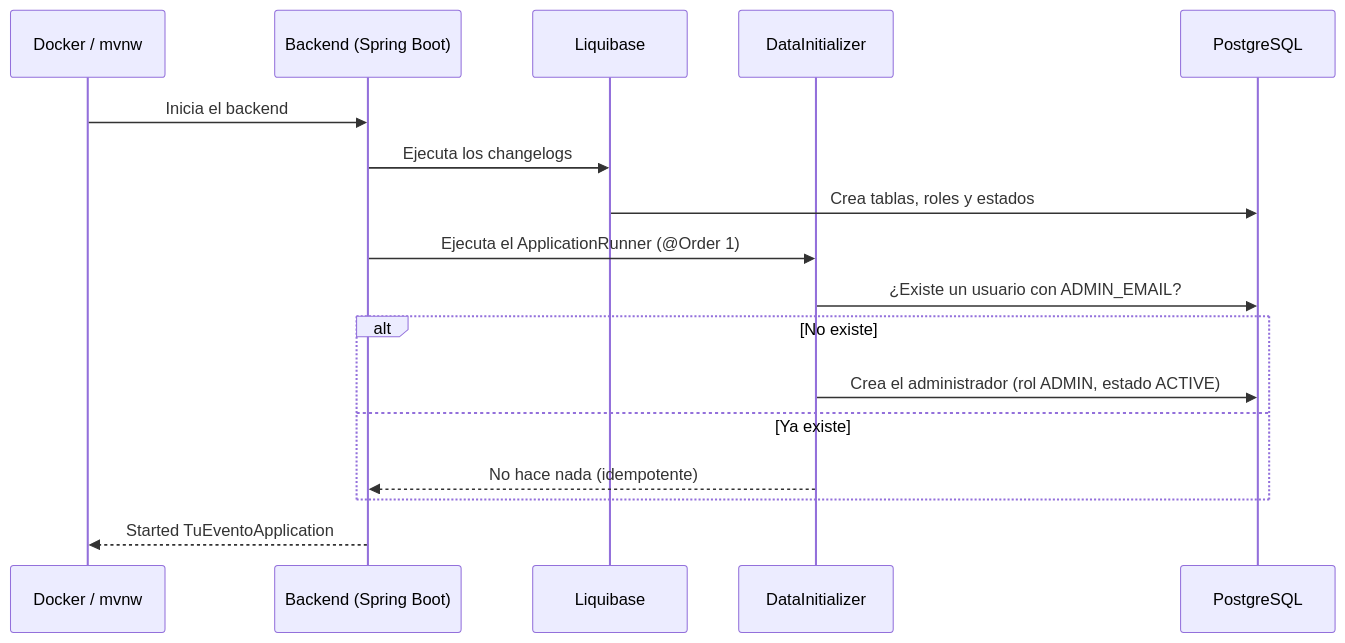
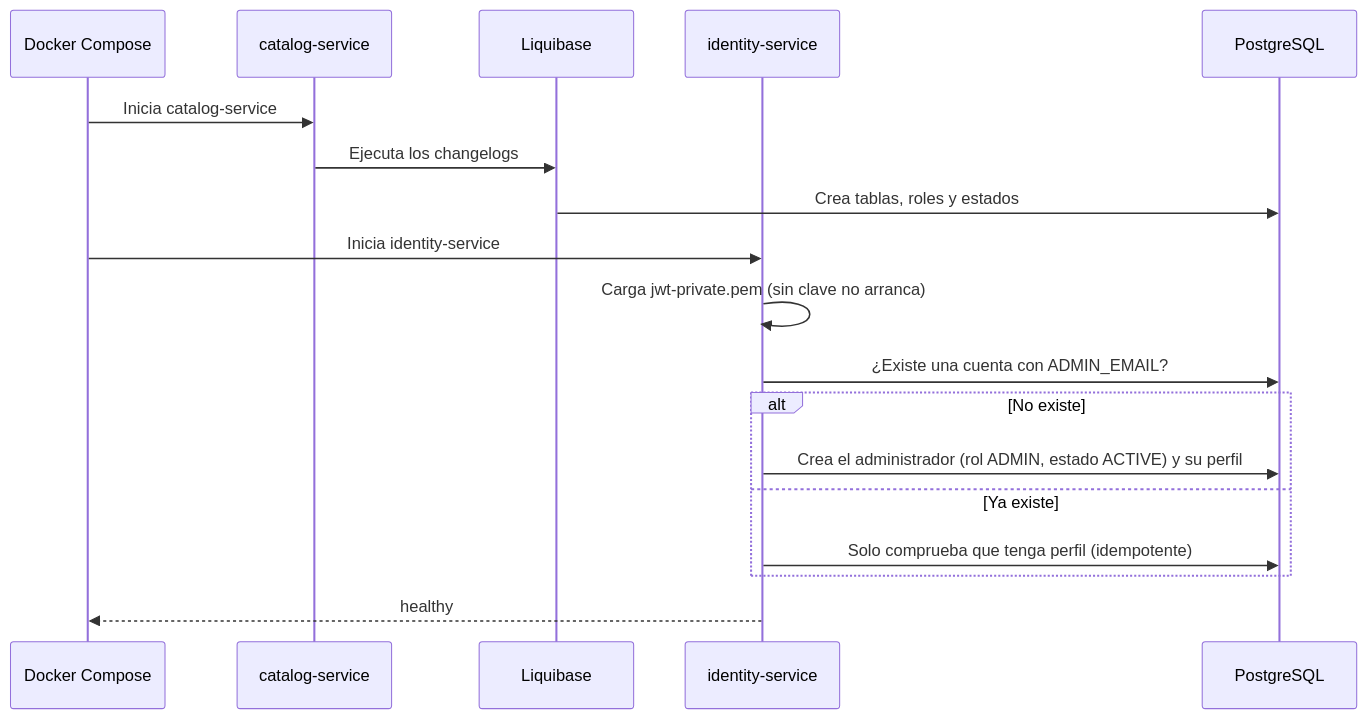
Before and after one commit to TheJhampierBoy/TuEvento-Docs: the sixth of 6 diagrams in es/11_Manual_Instalacion.md, drawn with Mermaid. The commit also changed other lines of this file and 1 other file, not shown here.

````diff
--- a/es/11_Manual_Instalacion.md
+++ b/es/11_Manual_Instalacion.md
@@ -581,19 +728,20 @@
 ```mermaid
 sequenceDiagram
-    participant D as Docker / mvnw
-    participant B as Backend (Spring Boot)
+    participant D as Docker Compose
+    participant C as catalog-service
     participant L as Liquibase
-    participant I as DataInitializer
+    participant I as identity-service
     participant DB as PostgreSQL
-    D->>B: Inicia el backend
-    B->>L: Ejecuta los changelogs
+    D->>C: Inicia catalog-service
+    C->>L: Ejecuta los changelogs
     L->>DB: Crea tablas, roles y estados
-    B->>I: Ejecuta el ApplicationRunner (@Order 1)
-    I->>DB: ¿Existe un usuario con ADMIN_EMAIL?
+    D->>I: Inicia identity-service
+    I->>I: Carga jwt-private.pem (sin clave no arranca)
+    I->>DB: ¿Existe una cuenta con ADMIN_EMAIL?
     alt No existe
-        I->>DB: Crea el administrador (rol ADMIN, estado ACTIVE)
+        I->>DB: Crea el administrador (rol ADMIN, estado ACTIVE) y su perfil
     else Ya existe
-        I-->>B: No hace nada (idempotente)
+        I->>DB: Solo comprueba que tenga perfil (idempotente)
     end
-    B-->>D: Started TuEventoApplication
+    I-->>D: healthy
 ```
````
